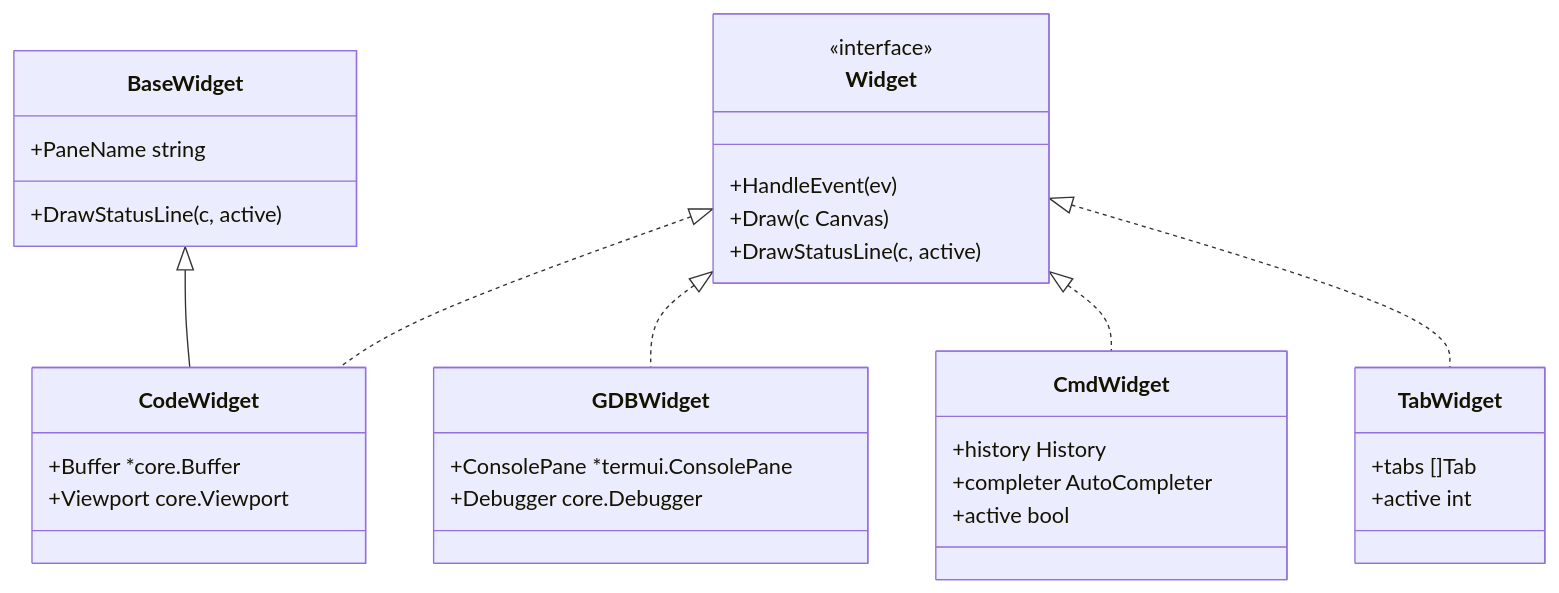
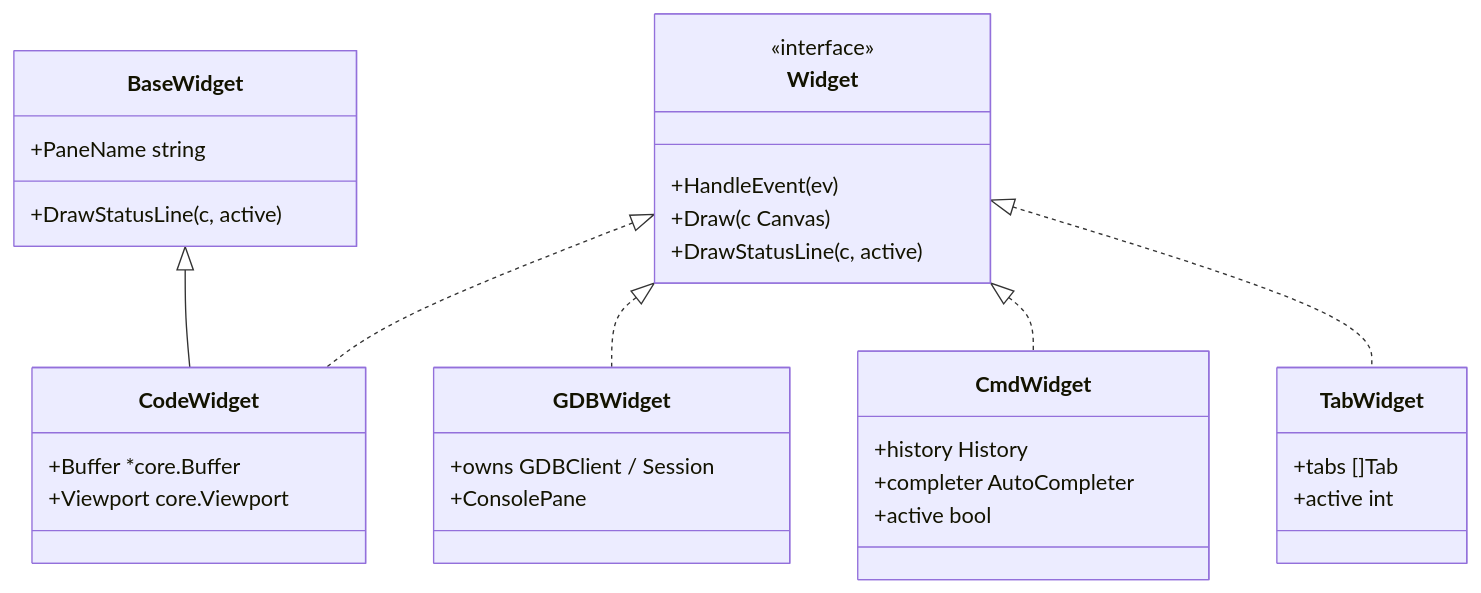
Before and after one commit to yairgd/gdbforge: the first of 7 diagrams in docs/UI_ARCHITECTURE.md, drawn with Mermaid. The commit also changed other lines of this file and 35 other files, not shown here.

````diff
--- a/docs/UI_ARCHITECTURE.md
+++ b/docs/UI_ARCHITECTURE.md
@@ -59,43 +59,43 @@
 ```mermaid
 classDiagram
     direction TB
 
     class Widget {
         <<interface>>
         +HandleEvent(ev)
         +Draw(c Canvas)
         +DrawStatusLine(c, active)
     }
 
     class BaseWidget {
         +PaneName string
         +DrawStatusLine(c, active)
     }
 
     class CodeWidget {
         +Buffer *core.Buffer
         +Viewport core.Viewport
     }
 
     class GDBWidget {
-        +ConsolePane *termui.ConsolePane
-        +Debugger core.Debugger
+        +owns GDBClient / Session
+        +ConsolePane
     }
 
     class CmdWidget {
         +history History
         +completer AutoCompleter
         +active bool
     }
 
     class TabWidget {
         +tabs []Tab
         +active int
     }
 
     Widget <|.. CodeWidget
     Widget <|.. GDBWidget
     Widget <|.. CmdWidget
     Widget <|.. TabWidget
     BaseWidget <|-- CodeWidget
 ```
````
